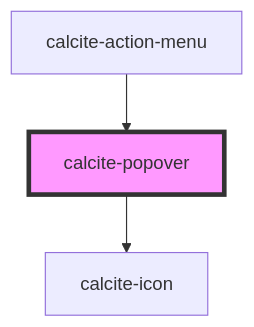
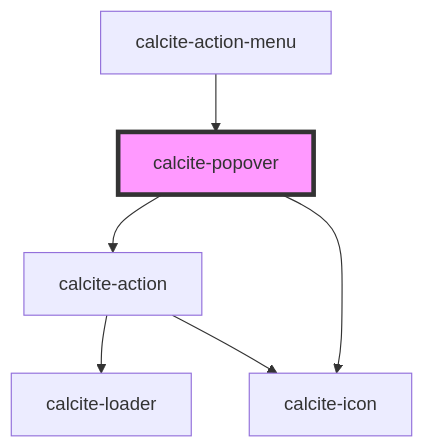
Before and after one commit to vikivakarvc/calcite-design-system: the diagram in src/components/calcite-popover/readme.md, drawn with Mermaid. The commit also changed other lines of this file and 19 other files, not shown here.

````diff
--- a/src/components/calcite-popover/readme.md
+++ b/src/components/calcite-popover/readme.md
@@ -80,6 +82,9 @@
 ```mermaid
 graph TD;
+  calcite-popover --> calcite-action
   calcite-popover --> calcite-icon
+  calcite-action --> calcite-loader
+  calcite-action --> calcite-icon
   calcite-action-menu --> calcite-popover
   style calcite-popover fill:#f9f,stroke:#333,stroke-width:4px
 ```
````
